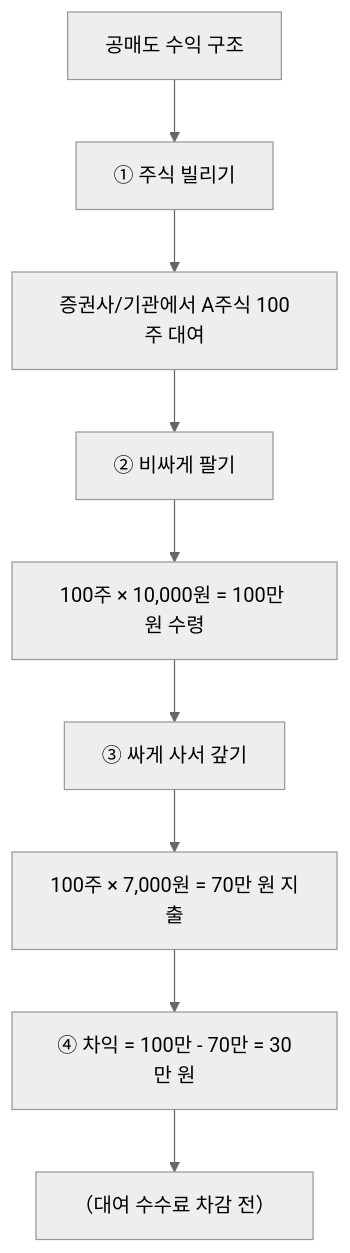
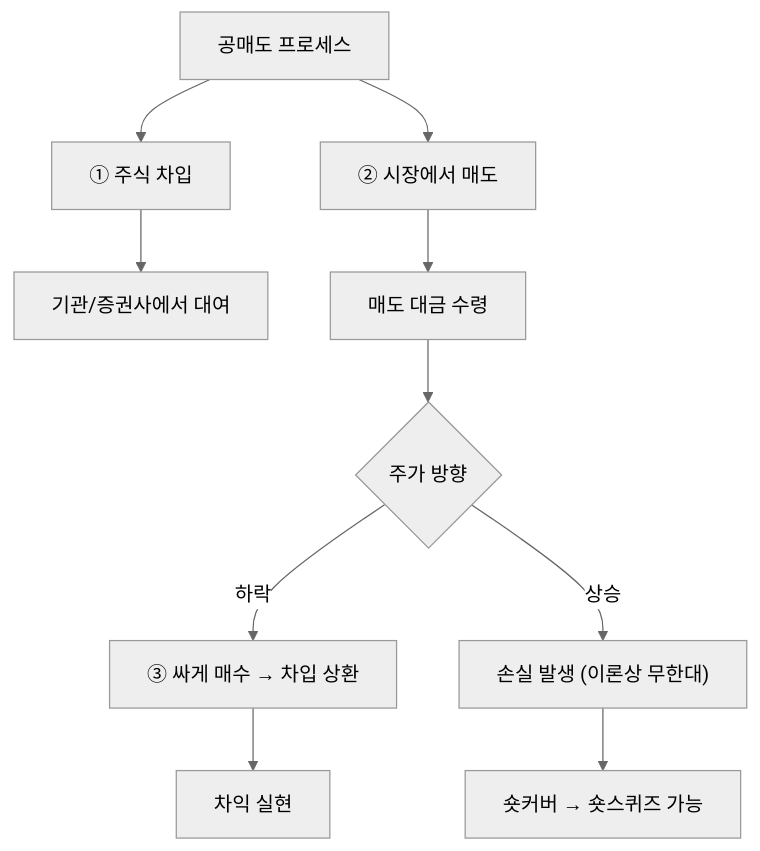
The diagram in content/stock-terms/ko/level-02-market-trading/short-selling.md (yeongseon/stock-visual-note), drawn with Mermaid (neutral theme) before and after one commit. The commit also changed other lines of this file and 96 other files, not shown here.

Commit message:
Rewrite all 98 remaining articles: branching Mermaid diagrams, natural search_intent, compelling seo_titles, clean descriptions

````diff
--- a/content/stock-terms/ko/level-02-market-trading/short-selling.md
+++ b/content/stock-terms/ko/level-02-market-trading/short-selling.md
@@ -53,20 +53,13 @@
 ```mermaid
 graph TD
-    A0["공매도 수익 구조"]
-    A1["① 주식 빌리기"]
-    A2["증권사/기관에서 A주식 100주 대여"]
-    A3["② 비싸게 팔기"]
-    A4["100주 × 10,000원 = 100만 원 수령"]
-    A5["③ 싸게 사서 갚기"]
-    A6["100주 × 7,000원 = 70만 원 지출"]
-    A7["④ 차익 = 100만 - 70만 = 30만 원"]
-    A8["（대여 수수료 차감 전）"]
-    A0 --> A1
-    A1 --> A2
-    A2 --> A3
-    A3 --> A4
-    A4 --> A5
-    A5 --> A6
-    A6 --> A7
-    A7 --> A8
+    A["공매도 프로세스"]
+    A --> B["① 주식 차입"]
+    A --> C["② 시장에서 매도"]
+    B --> D["기관/증권사에서 대여"]
+    C --> E["매도 대금 수령"]
+    E --> F{"주가 방향"}
+    F -->|하락| G["③ 싸게 매수 → 차입 상환"]
+    F -->|상승| H["손실 발생 (이론상 무한대)"]
+    G --> I["차익 실현"]
+    H --> J["숏커버 → 숏스퀴즈 가능"]
 ```
````
